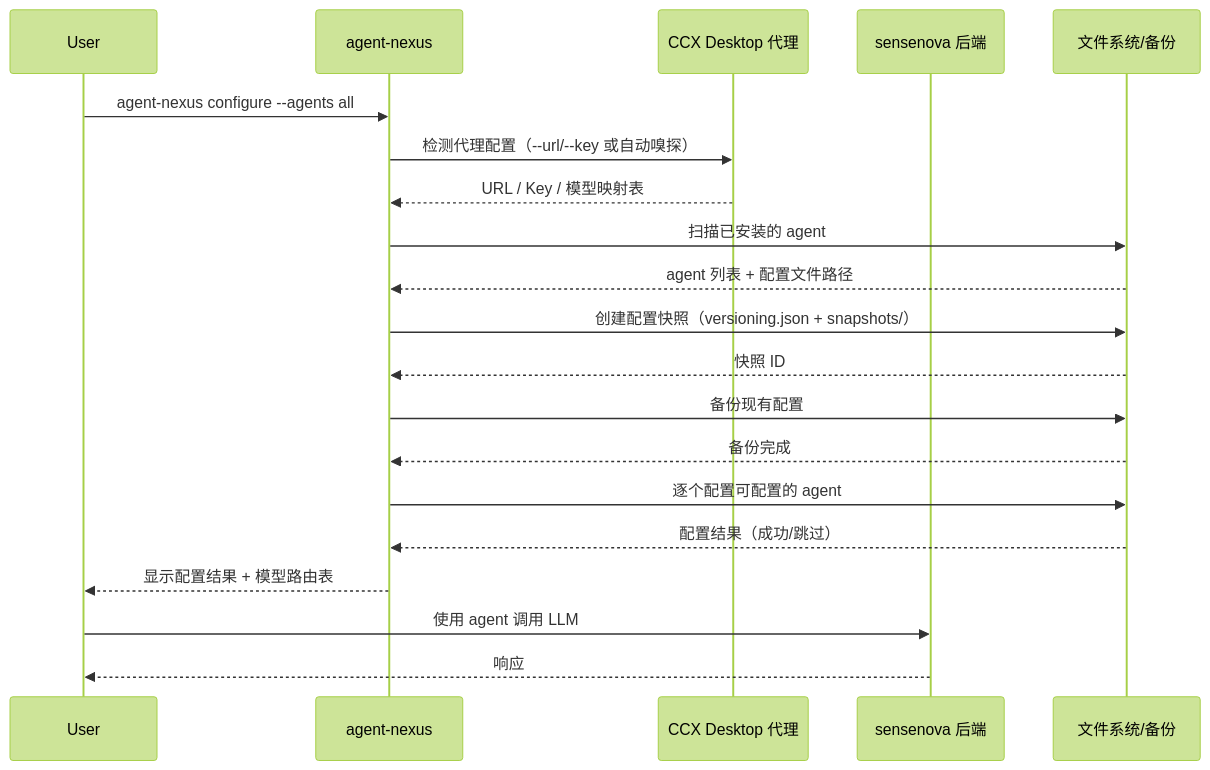
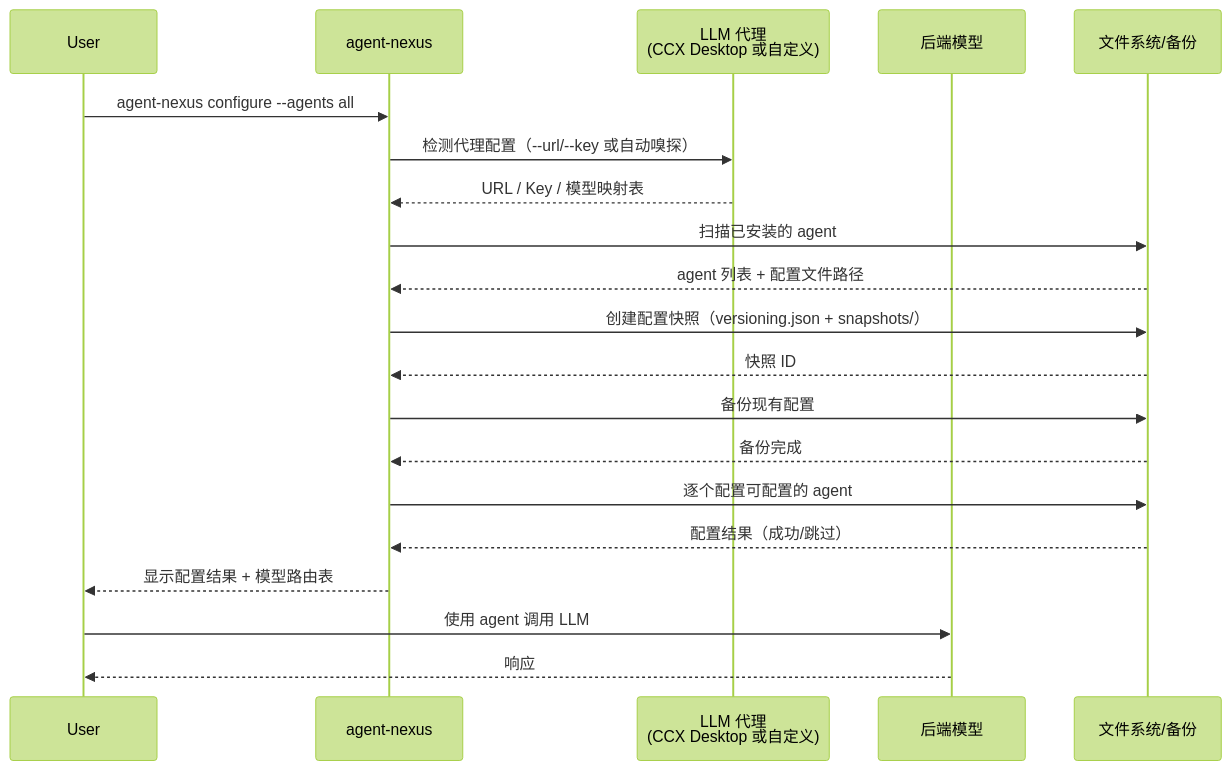
One commit to yejinlei/agent-nexus changed the third of 3 diagrams in README.md. Above: the diagram before and after it, drawn with Mermaid (forest theme). The commit also changed other lines of this file and 6 other files, not shown here.

````diff
--- a/README.md
+++ b/README.md
@@ -177,23 +219,23 @@
 ```mermaid
 sequenceDiagram
     participant User
     participant Tool as agent-nexus
-    participant Proxy as CCX Desktop 代理
-    participant Backend as sensenova 后端
+    participant Proxy as LLM 代理<br/>(CCX Desktop 或自定义)
+    participant Backend as 后端模型
     participant FS as 文件系统/备份
 
     User->>Tool: agent-nexus configure --agents all
     Tool->>Proxy: 检测代理配置（--url/--key 或自动嗅探）
     Proxy-->>Tool: URL / Key / 模型映射表
     Tool->>FS: 扫描已安装的 agent
     FS-->>Tool: agent 列表 + 配置文件路径
     Tool->>FS: 创建配置快照（versioning.json + snapshots/）
     FS-->>Tool: 快照 ID
     Tool->>FS: 备份现有配置
     FS-->>Tool: 备份完成
     Tool->>FS: 逐个配置可配置的 agent
     FS-->>Tool: 配置结果（成功/跳过）
     Tool-->>User: 显示配置结果 + 模型路由表
     User->>Backend: 使用 agent 调用 LLM
     Backend-->>User: 响应
 ```
````
